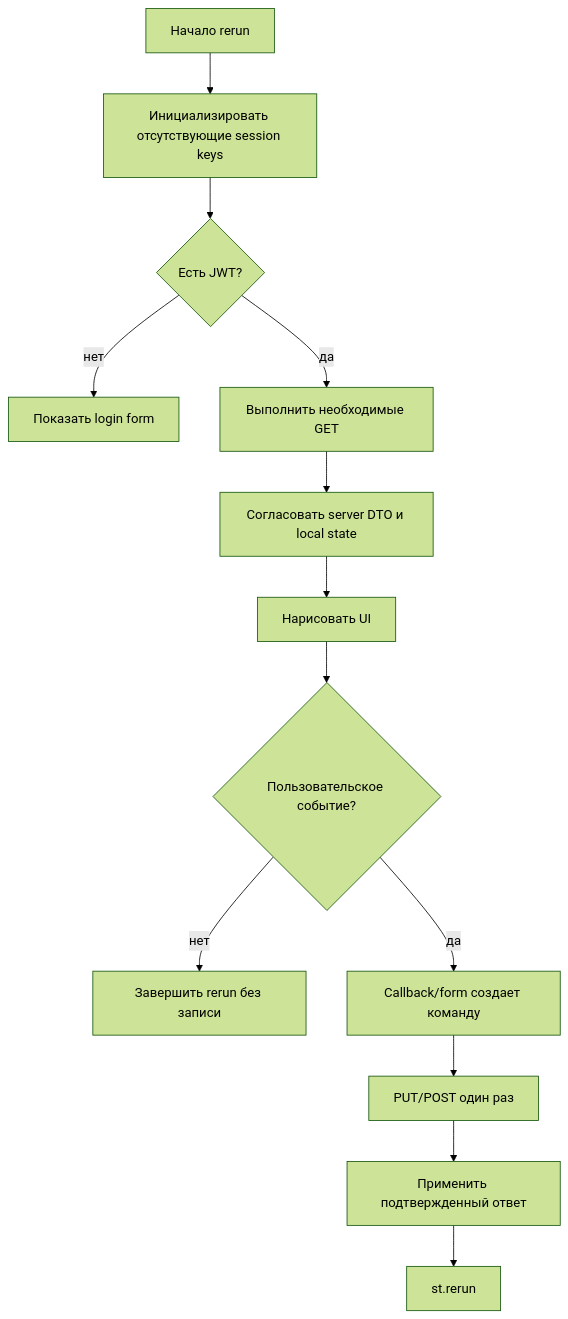
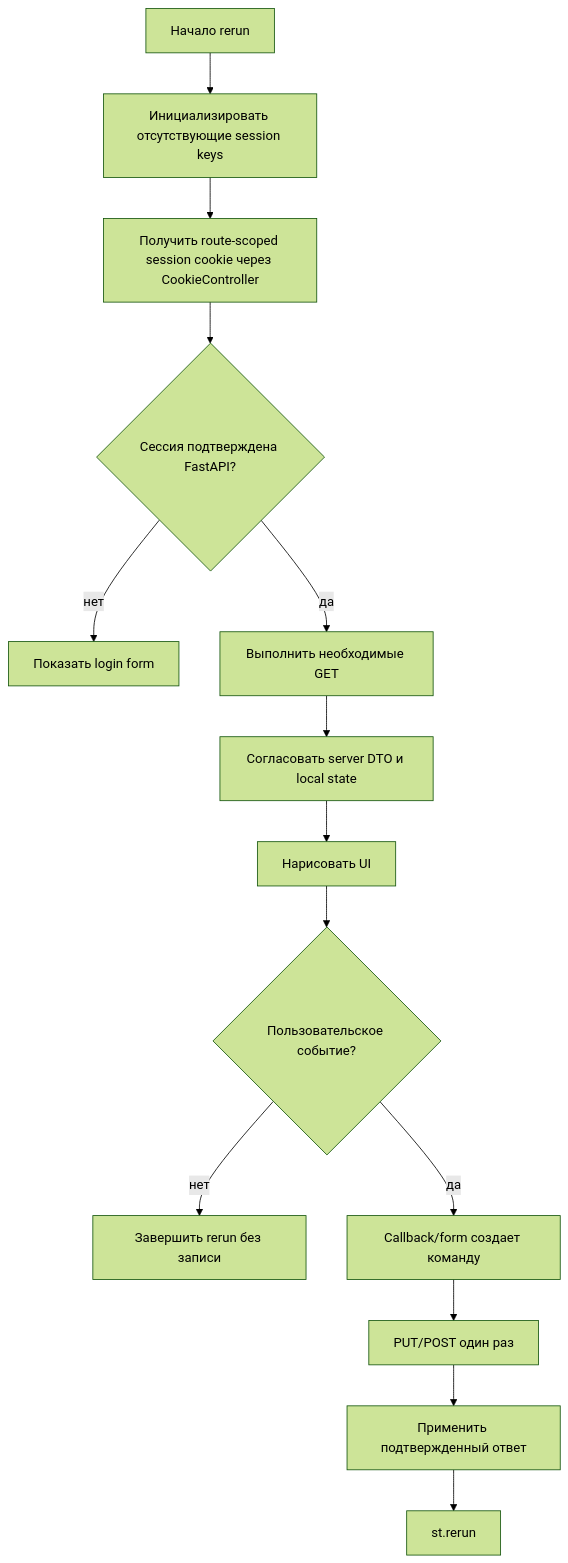
Before and after one commit to BigZet/AMLautosim: the third of 13 diagrams in docs/streamlit-fastapi.md, drawn with Mermaid (forest theme). The commit also changed other lines of this file and 179 other files, not shown here.

````diff
--- a/docs/streamlit-fastapi.md
+++ b/docs/streamlit-fastapi.md
@@ -159,15 +160,16 @@
 ```mermaid
 flowchart TD
     start["Начало rerun"] --> init["Инициализировать отсутствующие session keys"]
-    init --> authCheck{"Есть JWT?"}
+    init --> cookie["Получить route-scoped session cookie через CookieController"]
+    cookie --> authCheck{"Сессия подтверждена FastAPI?"}
     authCheck -->|"нет"| login["Показать login form"]
     authCheck -->|"да"| read["Выполнить необходимые GET"]
     read --> reconcile["Согласовать server DTO и local state"]
     reconcile --> render["Нарисовать UI"]
     render --> event{"Пользовательское событие?"}
     event -->|"нет"| finish["Завершить rerun без записи"]
     event -->|"да"| callback["Callback/form создает команду"]
     callback --> command["PUT/POST один раз"]
     command --> apply["Применить подтвержденный ответ"]
     apply --> rerun["st.rerun"]
 ```
````
